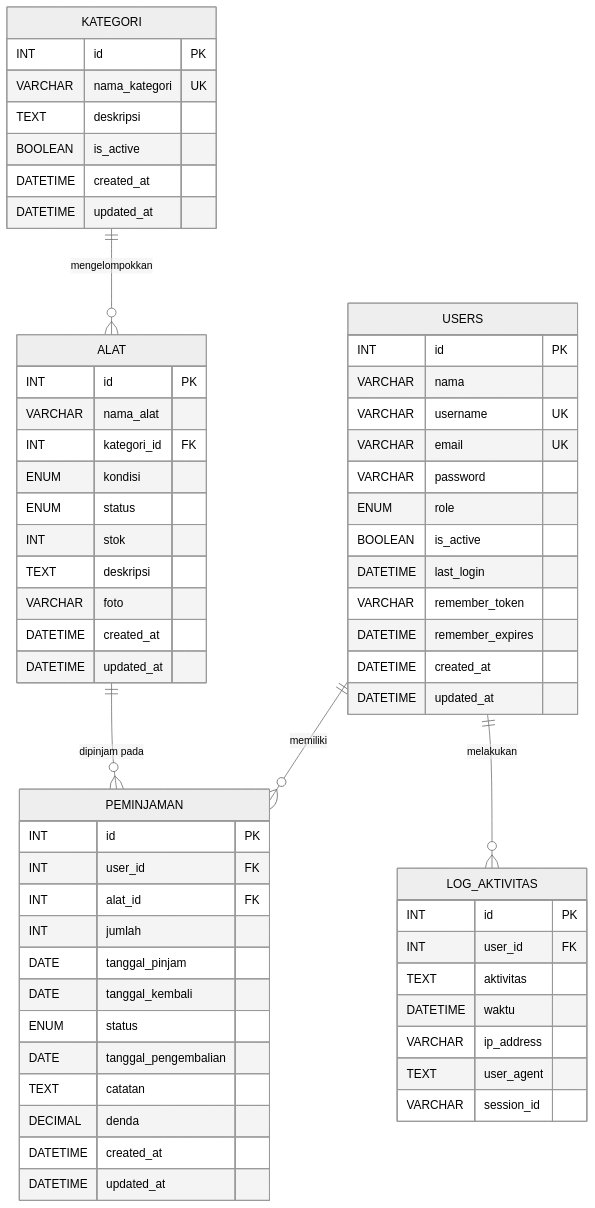
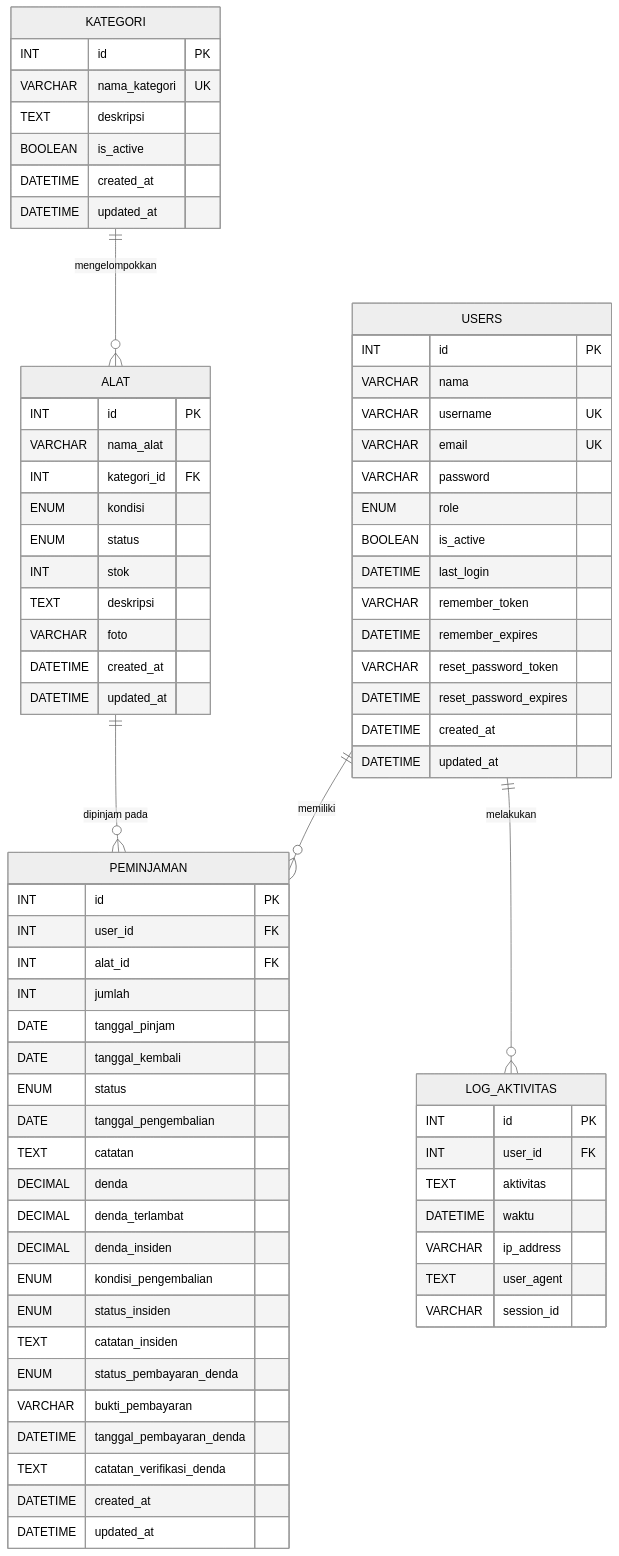
The first of 5 diagrams in docs/UKK_Dokumentasi.md (farsy06/ukk), drawn with Mermaid (neutral theme) before and after one commit. The commit also changed other lines of this file, not shown here.

````diff
--- a/docs/UKK_Dokumentasi.md
+++ b/docs/UKK_Dokumentasi.md
@@ -282,69 +282,80 @@
 ```mermaid
 erDiagram
   USERS ||--o{ PEMINJAMAN : "memiliki"
   ALAT ||--o{ PEMINJAMAN : "dipinjam pada"
   KATEGORI ||--o{ ALAT : "mengelompokkan"
   USERS ||--o{ LOG_AKTIVITAS : "melakukan"
 
   USERS {
     INT id PK
     VARCHAR nama
     VARCHAR username UK
     VARCHAR email UK
     VARCHAR password
     ENUM role
     BOOLEAN is_active
     DATETIME last_login
     VARCHAR remember_token
     DATETIME remember_expires
+    VARCHAR reset_password_token
+    DATETIME reset_password_expires
     DATETIME created_at
     DATETIME updated_at
   }
 
   KATEGORI {
     INT id PK
     VARCHAR nama_kategori UK
     TEXT deskripsi
     BOOLEAN is_active
     DATETIME created_at
     DATETIME updated_at
   }
 
   ALAT {
     INT id PK
     VARCHAR nama_alat
     INT kategori_id FK
     ENUM kondisi
     ENUM status
     INT stok
     TEXT deskripsi
     VARCHAR foto
     DATETIME created_at
     DATETIME updated_at
   }
 
   PEMINJAMAN {
     INT id PK
     INT user_id FK
     INT alat_id FK
     INT jumlah
     DATE tanggal_pinjam
     DATE tanggal_kembali
     ENUM status
     DATE tanggal_pengembalian
     TEXT catatan
     DECIMAL denda
+    DECIMAL denda_terlambat
+    DECIMAL denda_insiden
+    ENUM kondisi_pengembalian
+    ENUM status_insiden
+    TEXT catatan_insiden
+    ENUM status_pembayaran_denda
+    VARCHAR bukti_pembayaran
+    DATETIME tanggal_pembayaran_denda
+    TEXT catatan_verifikasi_denda
     DATETIME created_at
     DATETIME updated_at
   }
 
   LOG_AKTIVITAS {
     INT id PK
     INT user_id FK
     TEXT aktivitas
     DATETIME waktu
     VARCHAR ip_address
     TEXT user_agent
     VARCHAR session_id
   }
 ```
````
